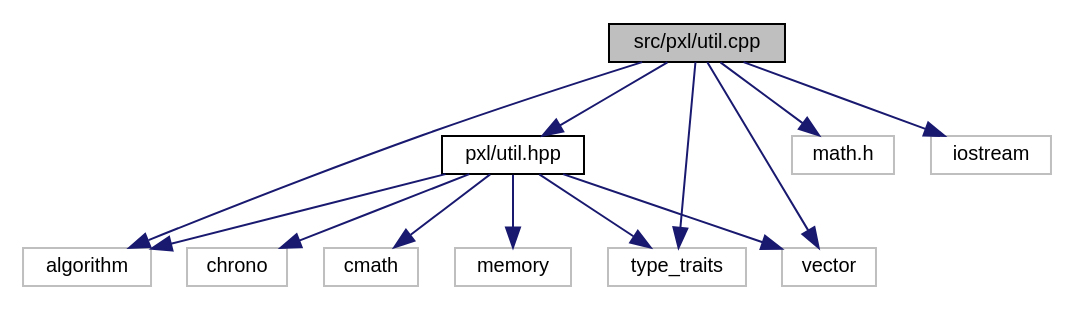
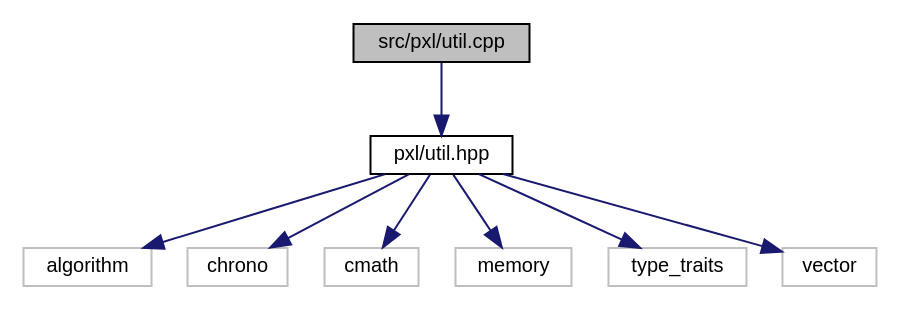
One commit to Pixel-Lib/Pixel changed the diagram in util_8cpp__incl.dot. Above: the diagram before and after it, drawn with Graphviz. The commit also changed 24 other files, not shown here.

```diff
--- a/util_8cpp__incl.dot
+++ b/util_8cpp__incl.dot
@@ -1,28 +1,21 @@
 digraph "src/pxl/util.cpp"
 {
  // LATEX_PDF_SIZE
   edge [fontname="Helvetica",fontsize="10",labelfontname="Helvetica",labelfontsize="10"];
   node [fontname="Helvetica",fontsize="10",shape=record];
   Node1 [label="src/pxl/util.cpp",height=0.2,width=0.4,color="black", fillcolor="grey75", style="filled", fontcolor="black",tooltip=" "];
   Node1 -> Node2 [color="midnightblue",fontsize="10",style="solid",fontname="Helvetica"];
   Node2 [label="pxl/util.hpp",height=0.2,width=0.4,color="black", fillcolor="white", style="filled",URL="$util_8hpp.html",tooltip=" "];
   Node2 -> Node3 [color="midnightblue",fontsize="10",style="solid",fontname="Helvetica"];
   Node3 [label="algorithm",height=0.2,width=0.4,color="grey75", fillcolor="white", style="filled",tooltip=" "];
   Node2 -> Node4 [color="midnightblue",fontsize="10",style="solid",fontname="Helvetica"];
   Node4 [label="chrono",height=0.2,width=0.4,color="grey75", fillcolor="white", style="filled",tooltip=" "];
   Node2 -> Node5 [color="midnightblue",fontsize="10",style="solid",fontname="Helvetica"];
   Node5 [label="cmath",height=0.2,width=0.4,color="grey75", fillcolor="white", style="filled",tooltip=" "];
   Node2 -> Node6 [color="midnightblue",fontsize="10",style="solid",fontname="Helvetica"];
   Node6 [label="memory",height=0.2,width=0.4,color="grey75", fillcolor="white", style="filled",tooltip=" "];
   Node2 -> Node7 [color="midnightblue",fontsize="10",style="solid",fontname="Helvetica"];
   Node7 [label="type_traits",height=0.2,width=0.4,color="grey75", fillcolor="white", style="filled",tooltip=" "];
   Node2 -> Node8 [color="midnightblue",fontsize="10",style="solid",fontname="Helvetica"];
   Node8 [label="vector",height=0.2,width=0.4,color="grey75", fillcolor="white", style="filled",tooltip=" "];
-  Node1 -> Node9 [color="midnightblue",fontsize="10",style="solid",fontname="Helvetica"];
-  Node9 [label="math.h",height=0.2,width=0.4,color="grey75", fillcolor="white", style="filled",tooltip=" "];
-  Node1 -> Node3 [color="midnightblue",fontsize="10",style="solid",fontname="Helvetica"];
-  Node1 -> Node10 [color="midnightblue",fontsize="10",style="solid",fontname="Helvetica"];
-  Node10 [label="iostream",height=0.2,width=0.4,color="grey75", fillcolor="white", style="filled",tooltip=" "];
-  Node1 -> Node7 [color="midnightblue",fontsize="10",style="solid",fontname="Helvetica"];
-  Node1 -> Node8 [color="midnightblue",fontsize="10",style="solid",fontname="Helvetica"];
 }
```
